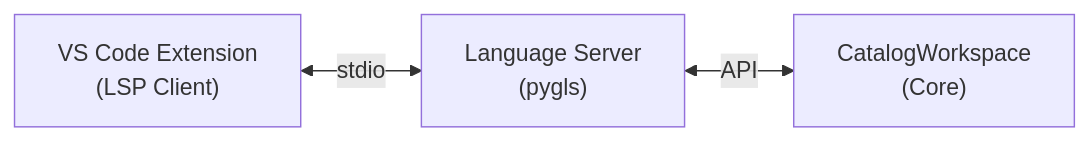
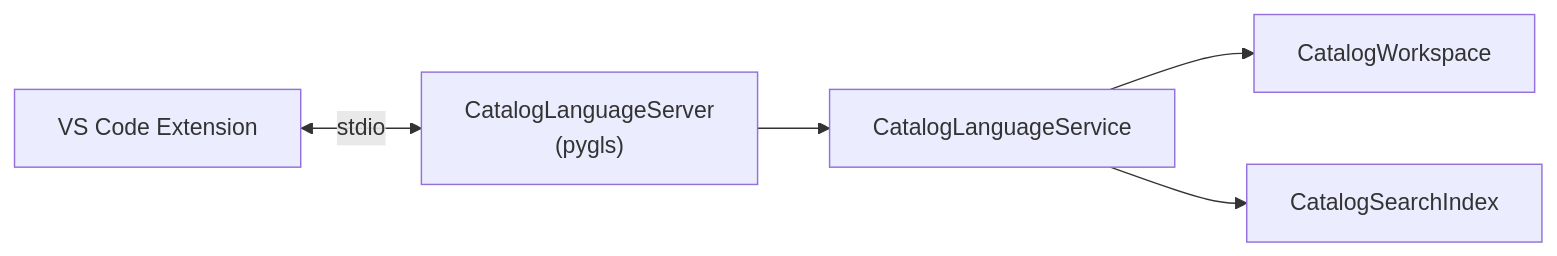
One commit to nthaihoc/cortex-ml changed the diagram in docs/lsp/index.md. Above: the diagram before and after it, drawn with Mermaid. The commit also changed other lines of this file and 57 other files, not shown here.

````diff
--- a/docs/lsp/index.md
+++ b/docs/lsp/index.md
@@ -18,6 +30,7 @@
 ```mermaid
 flowchart LR
-    VSCODE["VS Code Extension\n(LSP Client)"] <-->|stdio| SERVER["Language Server\n(pygls)"]
-    SERVER <-->|API| CW["CatalogWorkspace\n(Core)"]
-    
+    VSC["VS Code Extension"] <-->|stdio| LS["CatalogLanguageServer\n(pygls)"]
+    LS --> SVC["CatalogLanguageService"]
+    SVC --> WS["CatalogWorkspace"]
+    SVC --> SI["CatalogSearchIndex"]
 ```
````
